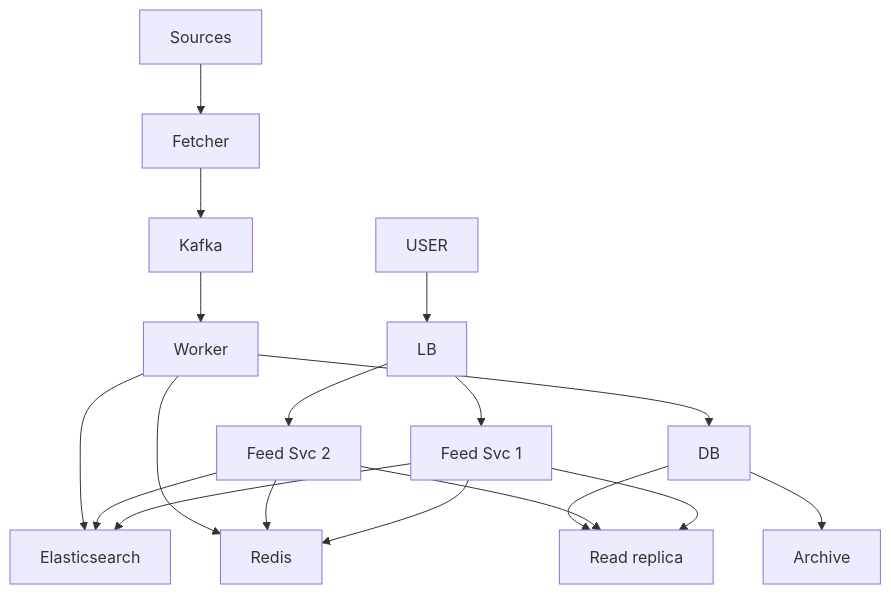
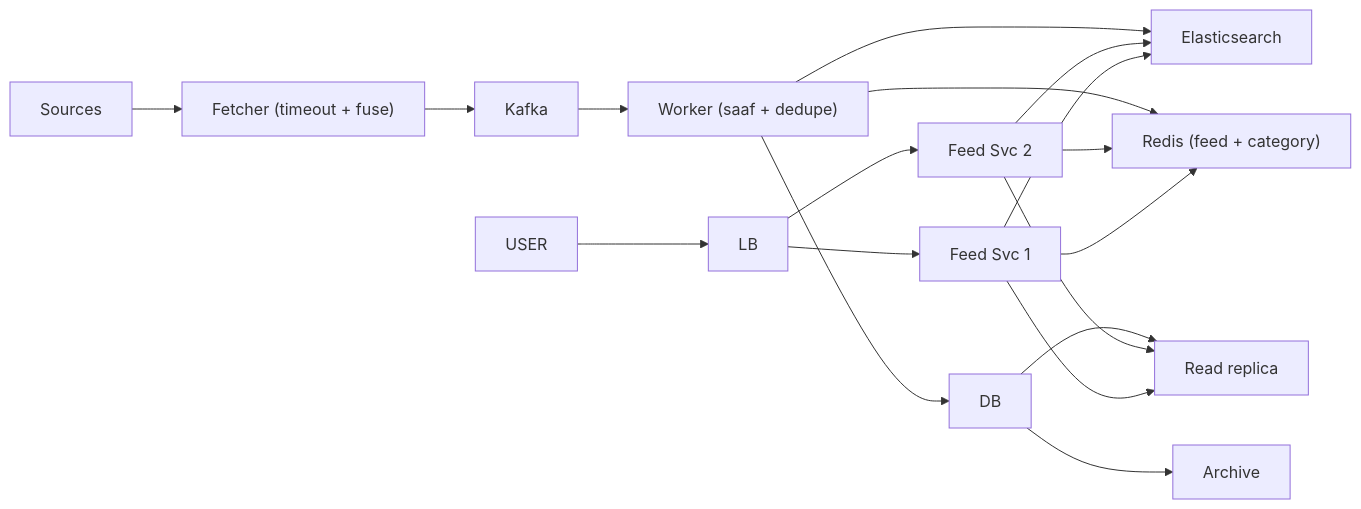
Diagram 11 of 11 in 04_HLD/SYSTEM_DESIGNS/08_news_aggregator/08_news_aggregator_INTERVIEW.md (ArpanMaheshwari144/Prep), drawn with Mermaid before and after one commit. The commit also changed other lines of this file and 2 other files, not shown here.

Commit message:
news, bookmyshow, cache: one-day story, short cards, follow-ups with rules, highlighted diagrams

````diff
--- a/04_HLD/SYSTEM_DESIGNS/08_news_aggregator/08_news_aggregator_INTERVIEW.md
+++ b/04_HLD/SYSTEM_DESIGNS/08_news_aggregator/08_news_aggregator_INTERVIEW.md
@@ -537,33 +495,33 @@
 ```mermaid
-flowchart TD
+flowchart LR
     n_USER["USER"]
     n_LB["LB"]
     n_Feed_Svc_x_N_1["Feed Svc 1"]
     n_Feed_Svc_x_N_2["Feed Svc 2"]
     n_Elasticsearch["Elasticsearch"]
-    n_Redis["Redis"]
+    n_Redis["Redis (feed + category)"]
     n_Read_replica["Read replica"]
     n_DB["DB"]
     n_Archive["Archive"]
-    n_Worker["Worker"]
+    n_Worker["Worker (saaf + dedupe)"]
     n_Kafka["Kafka"]
-    n_Fetcher["Fetcher"]
+    n_Fetcher["Fetcher (timeout + fuse)"]
     n_Sources["Sources"]
     n_USER --> n_LB
     n_LB --> n_Feed_Svc_x_N_1
     n_LB --> n_Feed_Svc_x_N_2
     n_Feed_Svc_x_N_1 --> n_Elasticsearch
     n_Feed_Svc_x_N_2 --> n_Elasticsearch
     n_Feed_Svc_x_N_1 --> n_Redis
     n_Feed_Svc_x_N_2 --> n_Redis
     n_Feed_Svc_x_N_1 --> n_Read_replica
     n_Feed_Svc_x_N_2 --> n_Read_replica
     n_DB --> n_Read_replica
     n_DB --> n_Archive
     n_Worker --> n_DB
     n_Worker --> n_Redis
+    n_Worker --> n_Elasticsearch
     n_Kafka --> n_Worker
     n_Fetcher --> n_Kafka
     n_Sources --> n_Fetcher
-    n_Worker --> n_Elasticsearch
 ```
````
